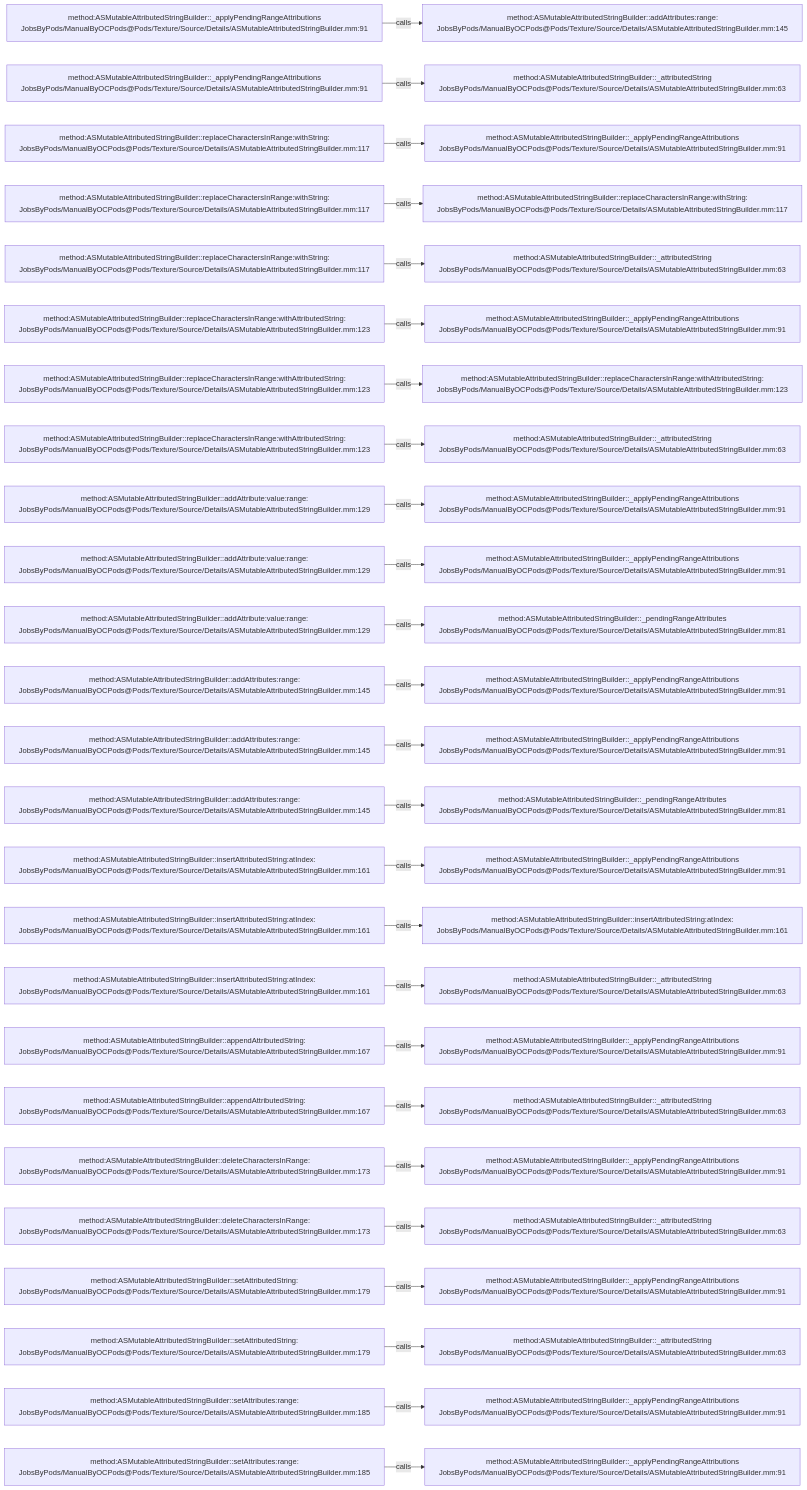
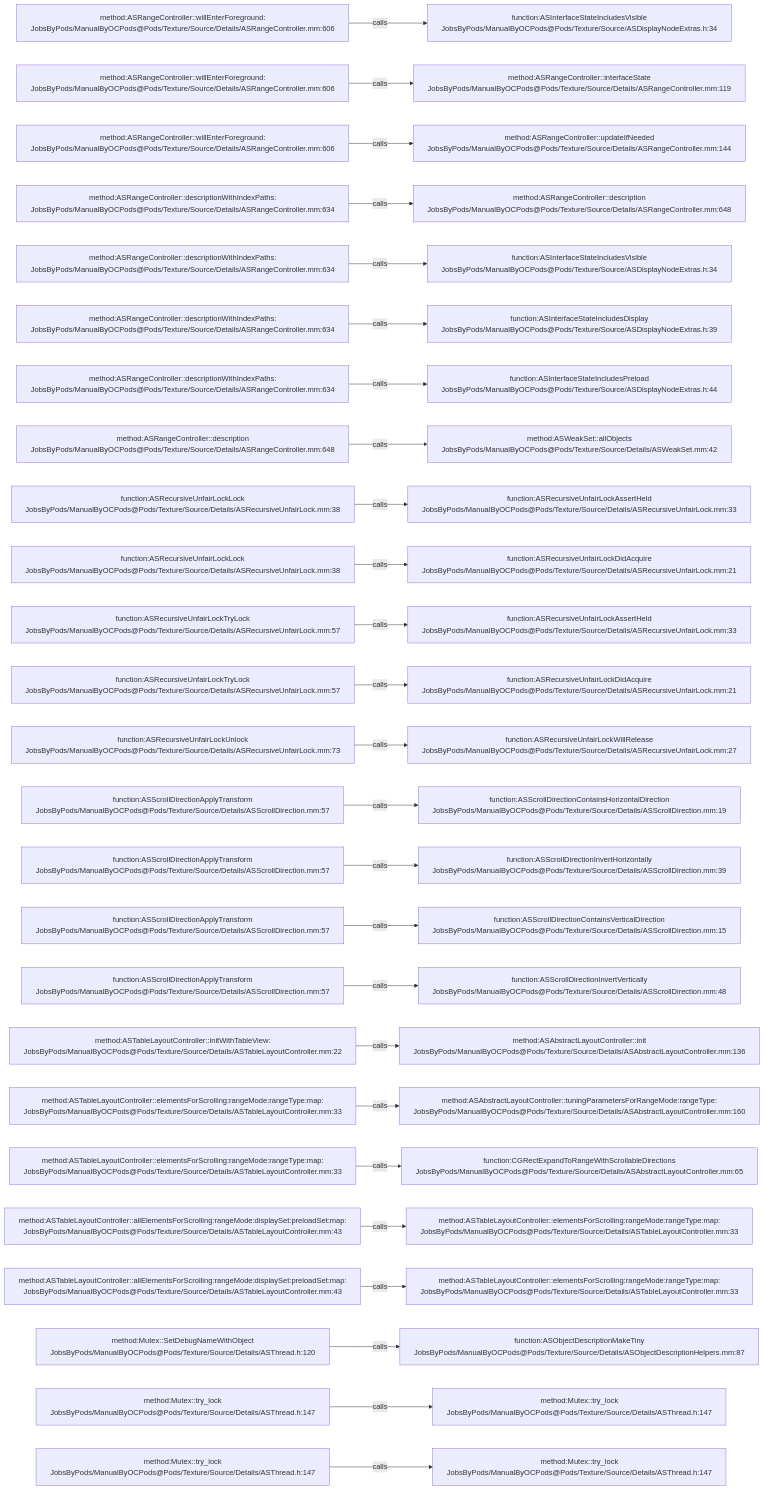
Before and after one commit to JobsKits/JobsOCBaseConfigDemo: the diagram in .codegraph/codegraph.md/graphs/calls-157.md, drawn with Mermaid. The commit also changed 1448 other files, not shown here.

````diff
--- a/.codegraph/codegraph.md/graphs/calls-157.md
+++ b/.codegraph/codegraph.md/graphs/calls-157.md
@@ -13,78 +13,78 @@
 ```mermaid
 flowchart LR
-  S1["method:ASMutableAttributedStringBuilder::_applyPendingRangeAttributions<br/>JobsByPods/ManualByOCPods@Pods/Texture/Source/Details/ASMutableAttributedStringBuilder.mm:91"]
-  T1["method:ASMutableAttributedStringBuilder::addAttributes:range:<br/>JobsByPods/ManualByOCPods@Pods/Texture/Source/Details/ASMutableAttributedStringBuilder.mm:145"]
+  S1["method:ASRangeController::willEnterForeground:<br/>JobsByPods/ManualByOCPods@Pods/Texture/Source/Details/ASRangeController.mm:606"]
+  T1["function:ASInterfaceStateIncludesVisible<br/>JobsByPods/ManualByOCPods@Pods/Texture/Source/ASDisplayNodeExtras.h:34"]
   S1 -->|calls| T1
-  S2["method:ASMutableAttributedStringBuilder::_applyPendingRangeAttributions<br/>JobsByPods/ManualByOCPods@Pods/Texture/Source/Details/ASMutableAttributedStringBuilder.mm:91"]
-  T2["method:ASMutableAttributedStringBuilder::_attributedString<br/>JobsByPods/ManualByOCPods@Pods/Texture/Source/Details/ASMutableAttributedStringBuilder.mm:63"]
+  S2["method:ASRangeController::willEnterForeground:<br/>JobsByPods/ManualByOCPods@Pods/Texture/Source/Details/ASRangeController.mm:606"]
+  T2["method:ASRangeController::interfaceState<br/>JobsByPods/ManualByOCPods@Pods/Texture/Source/Details/ASRangeController.mm:119"]
   S2 -->|calls| T2
-  S3["method:ASMutableAttributedStringBuilder::replaceCharactersInRange:withString:<br/>JobsByPods/ManualByOCPods@Pods/Texture/Source/Details/ASMutableAttributedStringBuilder.mm:117"]
-  T3["method:ASMutableAttributedStringBuilder::_applyPendingRangeAttributions<br/>JobsByPods/ManualByOCPods@Pods/Texture/Source/Details/ASMutableAttributedStringBuilder.mm:91"]
+  S3["method:ASRangeController::willEnterForeground:<br/>JobsByPods/ManualByOCPods@Pods/Texture/Source/Details/ASRangeController.mm:606"]
+  T3["method:ASRangeController::updateIfNeeded<br/>JobsByPods/ManualByOCPods@Pods/Texture/Source/Details/ASRangeController.mm:144"]
   S3 -->|calls| T3
-  S4["method:ASMutableAttributedStringBuilder::replaceCharactersInRange:withString:<br/>JobsByPods/ManualByOCPods@Pods/Texture/Source/Details/ASMutableAttributedStringBuilder.mm:117"]
-  T4["method:ASMutableAttributedStringBuilder::replaceCharactersInRange:withString:<br/>JobsByPods/ManualByOCPods@Pods/Texture/Source/Details/ASMutableAttributedStringBuilder.mm:117"]
+  S4["method:ASRangeController::descriptionWithIndexPaths:<br/>JobsByPods/ManualByOCPods@Pods/Texture/Source/Details/ASRangeController.mm:634"]
+  T4["method:ASRangeController::description<br/>JobsByPods/ManualByOCPods@Pods/Texture/Source/Details/ASRangeController.mm:648"]
   S4 -->|calls| T4
-  S5["method:ASMutableAttributedStringBuilder::replaceCharactersInRange:withString:<br/>JobsByPods/ManualByOCPods@Pods/Texture/Source/Details/ASMutableAttributedStringBuilder.mm:117"]
-  T5["method:ASMutableAttributedStringBuilder::_attributedString<br/>JobsByPods/ManualByOCPods@Pods/Texture/Source/Details/ASMutableAttributedStringBuilder.mm:63"]
+  S5["method:ASRangeController::descriptionWithIndexPaths:<br/>JobsByPods/ManualByOCPods@Pods/Texture/Source/Details/ASRangeController.mm:634"]
+  T5["function:ASInterfaceStateIncludesVisible<br/>JobsByPods/ManualByOCPods@Pods/Texture/Source/ASDisplayNodeExtras.h:34"]
   S5 -->|calls| T5
-  S6["method:ASMutableAttributedStringBuilder::replaceCharactersInRange:withAttributedString:<br/>JobsByPods/ManualByOCPods@Pods/Texture/Source/Details/ASMutableAttributedStringBuilder.mm:123"]
-  T6["method:ASMutableAttributedStringBuilder::_applyPendingRangeAttributions<br/>JobsByPods/ManualByOCPods@Pods/Texture/Source/Details/ASMutableAttributedStringBuilder.mm:91"]
+  S6["method:ASRangeController::descriptionWithIndexPaths:<br/>JobsByPods/ManualByOCPods@Pods/Texture/Source/Details/ASRangeController.mm:634"]
+  T6["function:ASInterfaceStateIncludesDisplay<br/>JobsByPods/ManualByOCPods@Pods/Texture/Source/ASDisplayNodeExtras.h:39"]
   S6 -->|calls| T6
-  S7["method:ASMutableAttributedStringBuilder::replaceCharactersInRange:withAttributedString:<br/>JobsByPods/ManualByOCPods@Pods/Texture/Source/Details/ASMutableAttributedStringBuilder.mm:123"]
-  T7["method:ASMutableAttributedStringBuilder::replaceCharactersInRange:withAttributedString:<br/>JobsByPods/ManualByOCPods@Pods/Texture/Source/Details/ASMutableAttributedStringBuilder.mm:123"]
+  S7["method:ASRangeController::descriptionWithIndexPaths:<br/>JobsByPods/ManualByOCPods@Pods/Texture/Source/Details/ASRangeController.mm:634"]
+  T7["function:ASInterfaceStateIncludesPreload<br/>JobsByPods/ManualByOCPods@Pods/Texture/Source/ASDisplayNodeExtras.h:44"]
   S7 -->|calls| T7
-  S8["method:ASMutableAttributedStringBuilder::replaceCharactersInRange:withAttributedString:<br/>JobsByPods/ManualByOCPods@Pods/Texture/Source/Details/ASMutableAttributedStringBuilder.mm:123"]
-  T8["method:ASMutableAttributedStringBuilder::_attributedString<br/>JobsByPods/ManualByOCPods@Pods/Texture/Source/Details/ASMutableAttributedStringBuilder.mm:63"]
+  S8["method:ASRangeController::description<br/>JobsByPods/ManualByOCPods@Pods/Texture/Source/Details/ASRangeController.mm:648"]
+  T8["method:ASWeakSet::allObjects<br/>JobsByPods/ManualByOCPods@Pods/Texture/Source/Details/ASWeakSet.mm:42"]
   S8 -->|calls| T8
-  S9["method:ASMutableAttributedStringBuilder::addAttribute:value:range:<br/>JobsByPods/ManualByOCPods@Pods/Texture/Source/Details/ASMutableAttributedStringBuilder.mm:129"]
-  T9["method:ASMutableAttributedStringBuilder::_applyPendingRangeAttributions<br/>JobsByPods/ManualByOCPods@Pods/Texture/Source/Details/ASMutableAttributedStringBuilder.mm:91"]
+  S9["function:ASRecursiveUnfairLockLock<br/>JobsByPods/ManualByOCPods@Pods/Texture/Source/Details/ASRecursiveUnfairLock.mm:38"]
+  T9["function:ASRecursiveUnfairLockAssertHeld<br/>JobsByPods/ManualByOCPods@Pods/Texture/Source/Details/ASRecursiveUnfairLock.mm:33"]
   S9 -->|calls| T9
-  S10["method:ASMutableAttributedStringBuilder::addAttribute:value:range:<br/>JobsByPods/ManualByOCPods@Pods/Texture/Source/Details/ASMutableAttributedStringBuilder.mm:129"]
-  T10["method:ASMutableAttributedStringBuilder::_applyPendingRangeAttributions<br/>JobsByPods/ManualByOCPods@Pods/Texture/Source/Details/ASMutableAttributedStringBuilder.mm:91"]
+  S10["function:ASRecursiveUnfairLockLock<br/>JobsByPods/ManualByOCPods@Pods/Texture/Source/Details/ASRecursiveUnfairLock.mm:38"]
+  T10["function:ASRecursiveUnfairLockDidAcquire<br/>JobsByPods/ManualByOCPods@Pods/Texture/Source/Details/ASRecursiveUnfairLock.mm:21"]
   S10 -->|calls| T10
-  S11["method:ASMutableAttributedStringBuilder::addAttribute:value:range:<br/>JobsByPods/ManualByOCPods@Pods/Texture/Source/Details/ASMutableAttributedStringBuilder.mm:129"]
-  T11["method:ASMutableAttributedStringBuilder::_pendingRangeAttributes<br/>JobsByPods/ManualByOCPods@Pods/Texture/Source/Details/ASMutableAttributedStringBuilder.mm:81"]
+  S11["function:ASRecursiveUnfairLockTryLock<br/>JobsByPods/ManualByOCPods@Pods/Texture/Source/Details/ASRecursiveUnfairLock.mm:57"]
+  T11["function:ASRecursiveUnfairLockAssertHeld<br/>JobsByPods/ManualByOCPods@Pods/Texture/Source/Details/ASRecursiveUnfairLock.mm:33"]
   S11 -->|calls| T11
-  S12["method:ASMutableAttributedStringBuilder::addAttributes:range:<br/>JobsByPods/ManualByOCPods@Pods/Texture/Source/Details/ASMutableAttributedStringBuilder.mm:145"]
-  T12["method:ASMutableAttributedStringBuilder::_applyPendingRangeAttributions<br/>JobsByPods/ManualByOCPods@Pods/Texture/Source/Details/ASMutableAttributedStringBuilder.mm:91"]
+  S12["function:ASRecursiveUnfairLockTryLock<br/>JobsByPods/ManualByOCPods@Pods/Texture/Source/Details/ASRecursiveUnfairLock.mm:57"]
+  T12["function:ASRecursiveUnfairLockDidAcquire<br/>JobsByPods/ManualByOCPods@Pods/Texture/Source/Details/ASRecursiveUnfairLock.mm:21"]
   S12 -->|calls| T12
-  S13["method:ASMutableAttributedStringBuilder::addAttributes:range:<br/>JobsByPods/ManualByOCPods@Pods/Texture/Source/Details/ASMutableAttributedStringBuilder.mm:145"]
-  T13["method:ASMutableAttributedStringBuilder::_applyPendingRangeAttributions<br/>JobsByPods/ManualByOCPods@Pods/Texture/Source/Details/ASMutableAttributedStringBuilder.mm:91"]
+  S13["function:ASRecursiveUnfairLockUnlock<br/>JobsByPods/ManualByOCPods@Pods/Texture/Source/Details/ASRecursiveUnfairLock.mm:73"]
+  T13["function:ASRecursiveUnfairLockWillRelease<br/>JobsByPods/ManualByOCPods@Pods/Texture/Source/Details/ASRecursiveUnfairLock.mm:27"]
   S13 -->|calls| T13
-  S14["method:ASMutableAttributedStringBuilder::addAttributes:range:<br/>JobsByPods/ManualByOCPods@Pods/Texture/Source/Details/ASMutableAttributedStringBuilder.mm:145"]
-  T14["method:ASMutableAttributedStringBuilder::_pendingRangeAttributes<br/>JobsByPods/ManualByOCPods@Pods/Texture/Source/Details/ASMutableAttributedStringBuilder.mm:81"]
+  S14["function:ASScrollDirectionApplyTransform<br/>JobsByPods/ManualByOCPods@Pods/Texture/Source/Details/ASScrollDirection.mm:57"]
+  T14["function:ASScrollDirectionContainsHorizontalDirection<br/>JobsByPods/ManualByOCPods@Pods/Texture/Source/Details/ASScrollDirection.mm:19"]
   S14 -->|calls| T14
-  S15["method:ASMutableAttributedStringBuilder::insertAttributedString:atIndex:<br/>JobsByPods/ManualByOCPods@Pods/Texture/Source/Details/ASMutableAttributedStringBuilder.mm:161"]
-  T15["method:ASMutableAttributedStringBuilder::_applyPendingRangeAttributions<br/>JobsByPods/ManualByOCPods@Pods/Texture/Source/Details/ASMutableAttributedStringBuilder.mm:91"]
+  S15["function:ASScrollDirectionApplyTransform<br/>JobsByPods/ManualByOCPods@Pods/Texture/Source/Details/ASScrollDirection.mm:57"]
+  T15["function:ASScrollDirectionInvertHorizontally<br/>JobsByPods/ManualByOCPods@Pods/Texture/Source/Details/ASScrollDirection.mm:39"]
   S15 -->|calls| T15
-  S16["method:ASMutableAttributedStringBuilder::insertAttributedString:atIndex:<br/>JobsByPods/ManualByOCPods@Pods/Texture/Source/Details/ASMutableAttributedStringBuilder.mm:161"]
-  T16["method:ASMutableAttributedStringBuilder::insertAttributedString:atIndex:<br/>JobsByPods/ManualByOCPods@Pods/Texture/Source/Details/ASMutableAttributedStringBuilder.mm:161"]
+  S16["function:ASScrollDirectionApplyTransform<br/>JobsByPods/ManualByOCPods@Pods/Texture/Source/Details/ASScrollDirection.mm:57"]
+  T16["function:ASScrollDirectionContainsVerticalDirection<br/>JobsByPods/ManualByOCPods@Pods/Texture/Source/Details/ASScrollDirection.mm:15"]
   S16 -->|calls| T16
-  S17["method:ASMutableAttributedStringBuilder::insertAttributedString:atIndex:<br/>JobsByPods/ManualByOCPods@Pods/Texture/Source/Details/ASMutableAttributedStringBuilder.mm:161"]
-  T17["method:ASMutableAttributedStringBuilder::_attributedString<br/>JobsByPods/ManualByOCPods@Pods/Texture/Source/Details/ASMutableAttributedStringBuilder.mm:63"]
+  S17["function:ASScrollDirectionApplyTransform<br/>JobsByPods/ManualByOCPods@Pods/Texture/Source/Details/ASScrollDirection.mm:57"]
+  T17["function:ASScrollDirectionInvertVertically<br/>JobsByPods/ManualByOCPods@Pods/Texture/Source/Details/ASScrollDirection.mm:48"]
   S17 -->|calls| T17
-  S18["method:ASMutableAttributedStringBuilder::appendAttributedString:<br/>JobsByPods/ManualByOCPods@Pods/Texture/Source/Details/ASMutableAttributedStringBuilder.mm:167"]
-  T18["method:ASMutableAttributedStringBuilder::_applyPendingRangeAttributions<br/>JobsByPods/ManualByOCPods@Pods/Texture/Source/Details/ASMutableAttributedStringBuilder.mm:91"]
+  S18["method:ASTableLayoutController::initWithTableView:<br/>JobsByPods/ManualByOCPods@Pods/Texture/Source/Details/ASTableLayoutController.mm:22"]
+  T18["method:ASAbstractLayoutController::init<br/>JobsByPods/ManualByOCPods@Pods/Texture/Source/Details/ASAbstractLayoutController.mm:136"]
   S18 -->|calls| T18
-  S19["method:ASMutableAttributedStringBuilder::appendAttributedString:<br/>JobsByPods/ManualByOCPods@Pods/Texture/Source/Details/ASMutableAttributedStringBuilder.mm:167"]
-  T19["method:ASMutableAttributedStringBuilder::_attributedString<br/>JobsByPods/ManualByOCPods@Pods/Texture/Source/Details/ASMutableAttributedStringBuilder.mm:63"]
+  S19["method:ASTableLayoutController::elementsForScrolling:rangeMode:rangeType:map:<br/>JobsByPods/ManualByOCPods@Pods/Texture/Source/Details/ASTableLayoutController.mm:33"]
+  T19["method:ASAbstractLayoutController::tuningParametersForRangeMode:rangeType:<br/>JobsByPods/ManualByOCPods@Pods/Texture/Source/Details/ASAbstractLayoutController.mm:160"]
   S19 -->|calls| T19
-  S20["method:ASMutableAttributedStringBuilder::deleteCharactersInRange:<br/>JobsByPods/ManualByOCPods@Pods/Texture/Source/Details/ASMutableAttributedStringBuilder.mm:173"]
-  T20["method:ASMutableAttributedStringBuilder::_applyPendingRangeAttributions<br/>JobsByPods/ManualByOCPods@Pods/Texture/Source/Details/ASMutableAttributedStringBuilder.mm:91"]
+  S20["method:ASTableLayoutController::elementsForScrolling:rangeMode:rangeType:map:<br/>JobsByPods/ManualByOCPods@Pods/Texture/Source/Details/ASTableLayoutController.mm:33"]
+  T20["function:CGRectExpandToRangeWithScrollableDirections<br/>JobsByPods/ManualByOCPods@Pods/Texture/Source/Details/ASAbstractLayoutController.mm:65"]
   S20 -->|calls| T20
-  S21["method:ASMutableAttributedStringBuilder::deleteCharactersInRange:<br/>JobsByPods/ManualByOCPods@Pods/Texture/Source/Details/ASMutableAttributedStringBuilder.mm:173"]
-  T21["method:ASMutableAttributedStringBuilder::_attributedString<br/>JobsByPods/ManualByOCPods@Pods/Texture/Source/Details/ASMutableAttributedStringBuilder.mm:63"]
+  S21["method:ASTableLayoutController::allElementsForScrolling:rangeMode:displaySet:preloadSet:map:<br/>JobsByPods/ManualByOCPods@Pods/Texture/Source/Details/ASTableLayoutController.mm:43"]
+  T21["method:ASTableLayoutController::elementsForScrolling:rangeMode:rangeType:map:<br/>JobsByPods/ManualByOCPods@Pods/Texture/Source/Details/ASTableLayoutController.mm:33"]
   S21 -->|calls| T21
-  S22["method:ASMutableAttributedStringBuilder::setAttributedString:<br/>JobsByPods/ManualByOCPods@Pods/Texture/Source/Details/ASMutableAttributedStringBuilder.mm:179"]
-  T22["method:ASMutableAttributedStringBuilder::_applyPendingRangeAttributions<br/>JobsByPods/ManualByOCPods@Pods/Texture/Source/Details/ASMutableAttributedStringBuilder.mm:91"]
+  S22["method:ASTableLayoutController::allElementsForScrolling:rangeMode:displaySet:preloadSet:map:<br/>JobsByPods/ManualByOCPods@Pods/Texture/Source/Details/ASTableLayoutController.mm:43"]
+  T22["method:ASTableLayoutController::elementsForScrolling:rangeMode:rangeType:map:<br/>JobsByPods/ManualByOCPods@Pods/Texture/Source/Details/ASTableLayoutController.mm:33"]
   S22 -->|calls| T22
-  S23["method:ASMutableAttributedStringBuilder::setAttributedString:<br/>JobsByPods/ManualByOCPods@Pods/Texture/Source/Details/ASMutableAttributedStringBuilder.mm:179"]
-  T23["method:ASMutableAttributedStringBuilder::_attributedString<br/>JobsByPods/ManualByOCPods@Pods/Texture/Source/Details/ASMutableAttributedStringBuilder.mm:63"]
+  S23["method:Mutex::SetDebugNameWithObject<br/>JobsByPods/ManualByOCPods@Pods/Texture/Source/Details/ASThread.h:120"]
+  T23["function:ASObjectDescriptionMakeTiny<br/>JobsByPods/ManualByOCPods@Pods/Texture/Source/Details/ASObjectDescriptionHelpers.mm:87"]
   S23 -->|calls| T23
-  S24["method:ASMutableAttributedStringBuilder::setAttributes:range:<br/>JobsByPods/ManualByOCPods@Pods/Texture/Source/Details/ASMutableAttributedStringBuilder.mm:185"]
-  T24["method:ASMutableAttributedStringBuilder::_applyPendingRangeAttributions<br/>JobsByPods/ManualByOCPods@Pods/Texture/Source/Details/ASMutableAttributedStringBuilder.mm:91"]
+  S24["method:Mutex::try_lock<br/>JobsByPods/ManualByOCPods@Pods/Texture/Source/Details/ASThread.h:147"]
+  T24["method:Mutex::try_lock<br/>JobsByPods/ManualByOCPods@Pods/Texture/Source/Details/ASThread.h:147"]
   S24 -->|calls| T24
-  S25["method:ASMutableAttributedStringBuilder::setAttributes:range:<br/>JobsByPods/ManualByOCPods@Pods/Texture/Source/Details/ASMutableAttributedStringBuilder.mm:185"]
-  T25["method:ASMutableAttributedStringBuilder::_applyPendingRangeAttributions<br/>JobsByPods/ManualByOCPods@Pods/Texture/Source/Details/ASMutableAttributedStringBuilder.mm:91"]
+  S25["method:Mutex::try_lock<br/>JobsByPods/ManualByOCPods@Pods/Texture/Source/Details/ASThread.h:147"]
+  T25["method:Mutex::try_lock<br/>JobsByPods/ManualByOCPods@Pods/Texture/Source/Details/ASThread.h:147"]
   S25 -->|calls| T25
 ```
````
